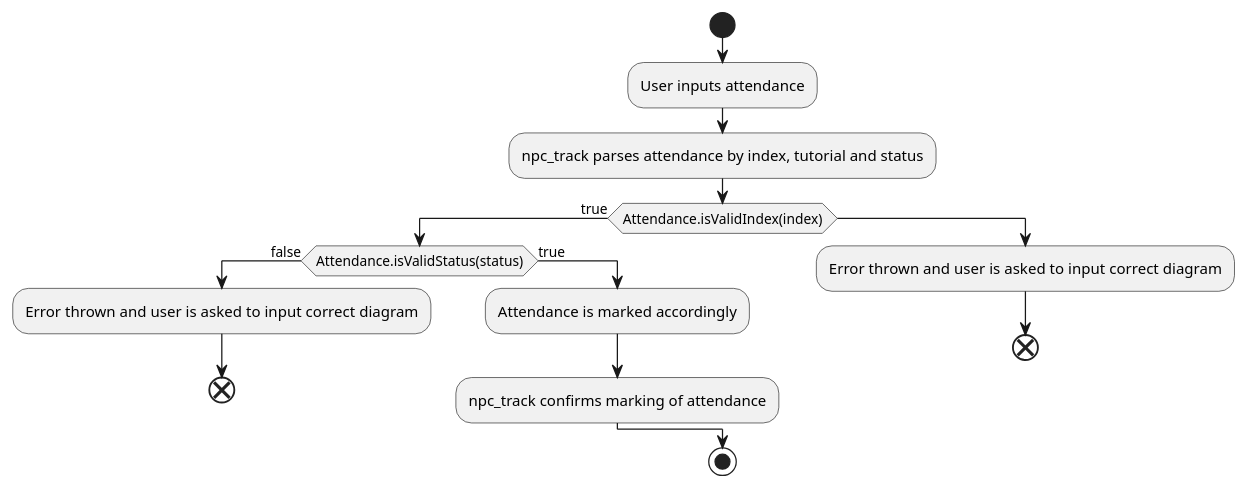
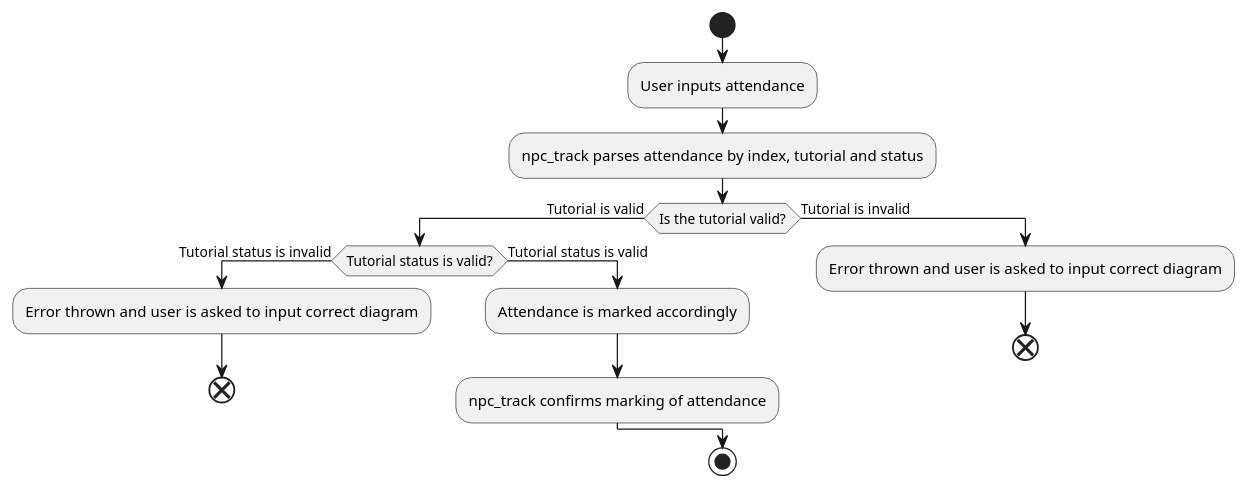
The diagram in docs/diagrams/markAttendanceActivityDiagram.puml (proto-aiken-13/tp), drawn with PlantUML before and after one commit.

```diff
--- a/docs/diagrams/markAttendanceActivityDiagram.puml
+++ b/docs/diagrams/markAttendanceActivityDiagram.puml
@@ -1,22 +1,22 @@
 @startuml
 'https://plantuml.com/activity-diagram-beta
 
 start
 :User inputs attendance;
 :npc_track parses attendance by index, tutorial and status;
-if (Attendance.isValidIndex(index)) then (true)
-    if(Attendance.isValidStatus(status)) then (false)
+if (Is the tutorial valid?) then (Tutorial is valid)
+    if(Tutorial status is valid?) then (Tutorial status is invalid)
         :Error thrown and user is asked to input correct diagram;
         end
-    else (true)
+    else (Tutorial status is valid)
         :Attendance is marked accordingly;
         :npc_track confirms marking of attendance;
     endif
-else
+else (Tutorial is invalid)
     :Error thrown and user is asked to input correct diagram;
     end
 endif
 
 stop
 
 @enduml
```
